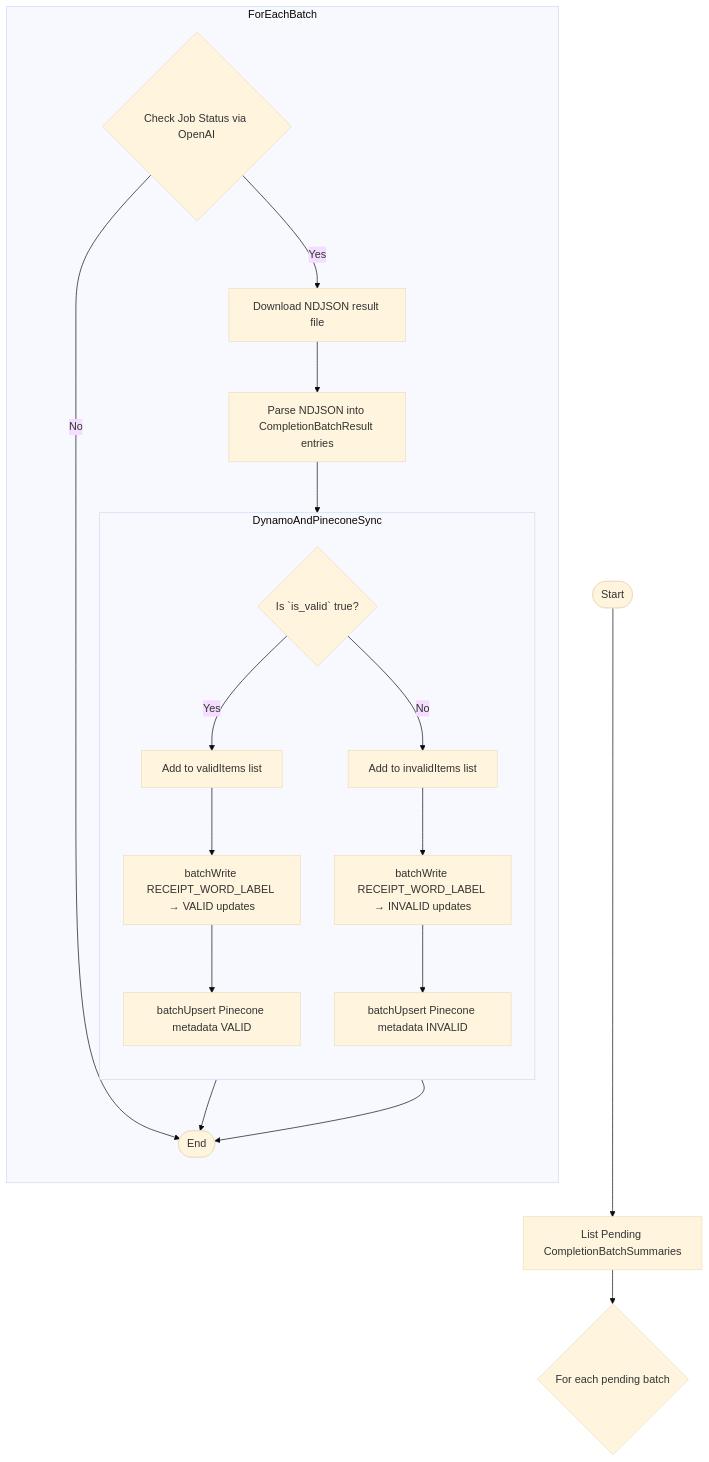
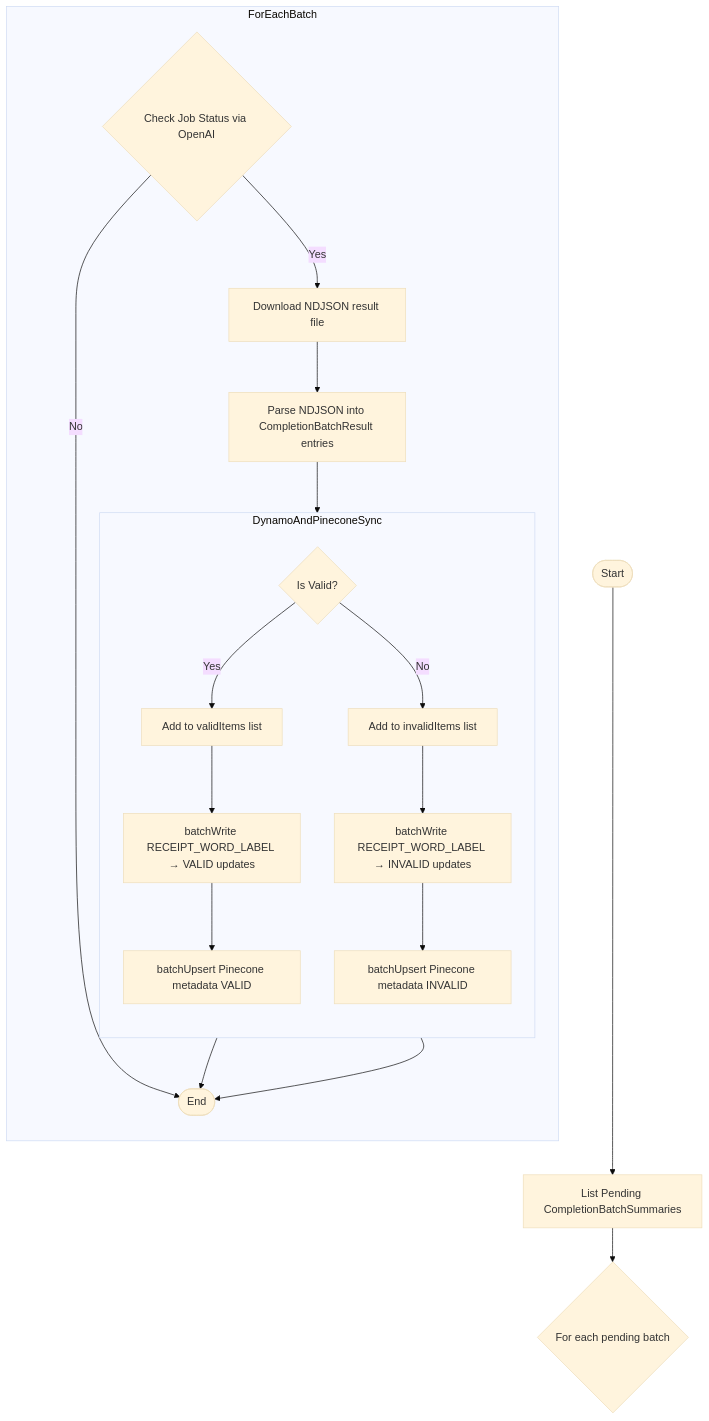
One commit to tnorlund/Portfolio changed the diagram in receipt_label/receipt_label/poll_completion_batch/README.md. Above: the diagram before and after it, drawn with Mermaid (base theme).

````diff
--- a/receipt_label/receipt_label/poll_completion_batch/README.md
+++ b/receipt_label/receipt_label/poll_completion_batch/README.md
@@ -17,30 +17,30 @@
 ```mermaid
 flowchart TB
     Start([Start]) --> ListPending["List Pending CompletionBatchSummaries"]
     ListPending --> MapBatches{"For each pending batch"}
 
     subgraph ForEachBatch
         direction TB
         CheckStatus{"Check Job Status via OpenAI"}
         CheckStatus -- No --> End([End])
         CheckStatus -- Yes --> Download["Download NDJSON result file"]
         Download --> ParseResults["Parse NDJSON into CompletionBatchResult entries"]
-        ParseResults --> ForEachResult{"Is `is_valid` true?"}
+        ParseResults --> ForEachResult{"Is Valid?"}
 
         subgraph DynamoAndPineconeSync
             direction TB
             ForEachResult -- Yes --> AddValid["Add to validItems list"]
             ForEachResult -- No -->  AddInvalid["Add to invalidItems list"]
 
             AddValid     --> WriteDynamoValid["batchWrite RECEIPT_WORD_LABEL → VALID updates"]
             AddInvalid   --> WriteDynamoInvalid["batchWrite RECEIPT_WORD_LABEL → INVALID updates"]
 
             WriteDynamoValid   --> UpsertPineconeValid["batchUpsert Pinecone metadata VALID"]
             WriteDynamoInvalid --> UpsertPineconeInvalid["batchUpsert Pinecone metadata INVALID"]
         end
 
     UpsertPineconeValid   --> End([End])
     UpsertPineconeInvalid --> End
 
     end
 ```
````
